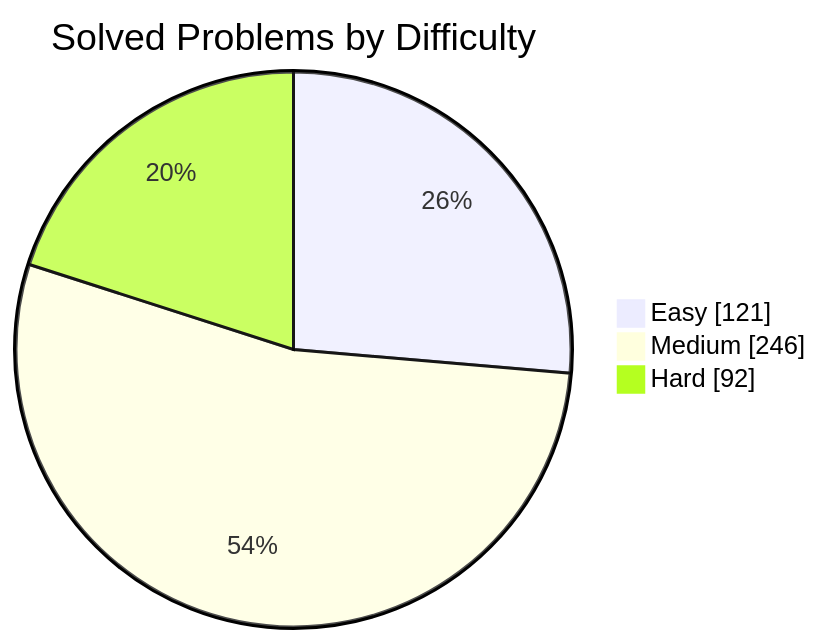
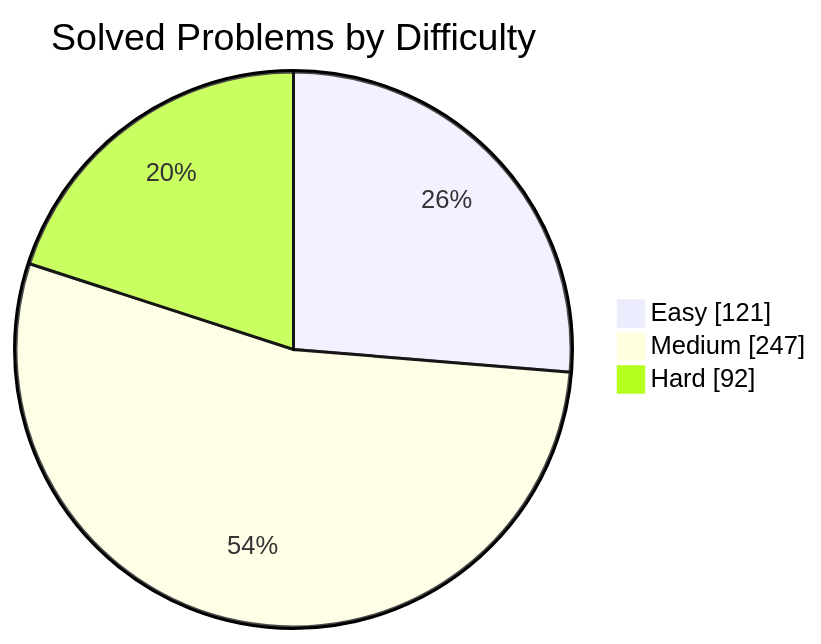
Before and after one commit to manikantbindass/DSA-Preparation-FAANG: the first of 2 diagrams in README.md, drawn with Mermaid. The commit also changed other lines of this file and 1 other file, not shown here.

````diff
--- a/README.md
+++ b/README.md
@@ -77,7 +77,7 @@
 ```mermaid
 pie showData
     title Solved Problems by Difficulty
     "Easy" : 121
-    "Medium" : 246
+    "Medium" : 247
     "Hard" : 92
 ```
````
